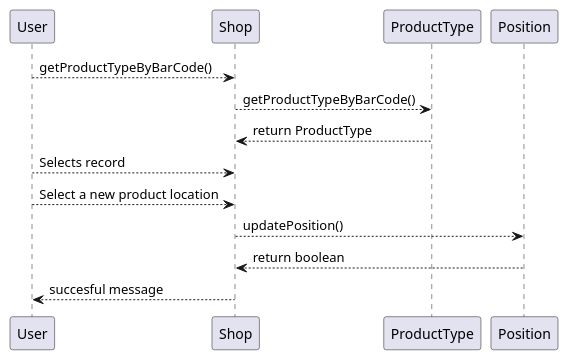
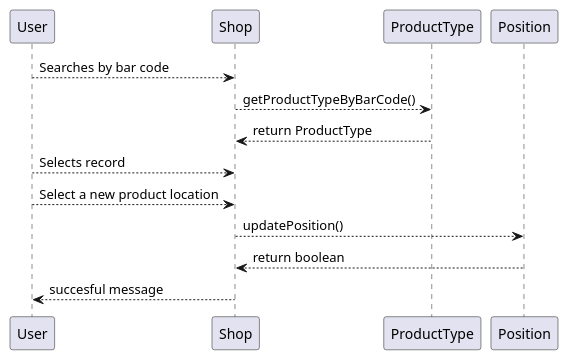
The fifth of 13 diagrams in Deliverables/DesignDocument.md (Stormz4/group20-EzShop), drawn with PlantUML before and after one commit. The commit also changed other lines of this file, not shown here.

````diff
--- a/Deliverables/DesignDocument.md
+++ b/Deliverables/DesignDocument.md
@@ -324,13 +319,13 @@
 ```plantuml
 @startuml
-User --> Shop: getProductTypeByBarCode()
+User --> Shop: Searches by bar code
 Shop --> ProductType: getProductTypeByBarCode()
 ProductType --> Shop: return ProductType
 
 User --> Shop: Selects record
 User --> Shop: Select a new product location
 Shop --> Position: updatePosition()
 Position --> Shop : return boolean
 Shop --> User : succesful message
 @enduml
 ```
````
